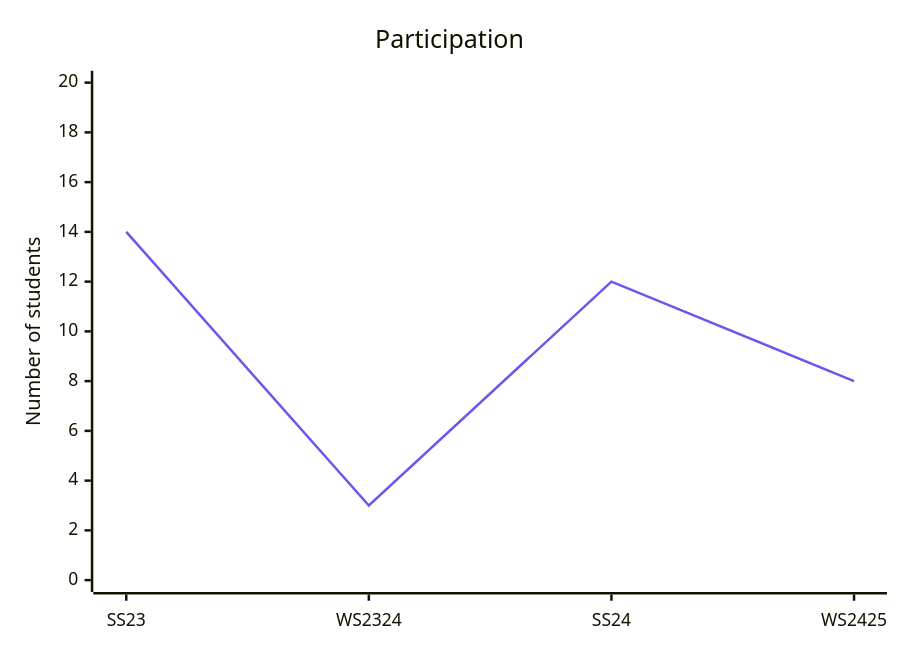
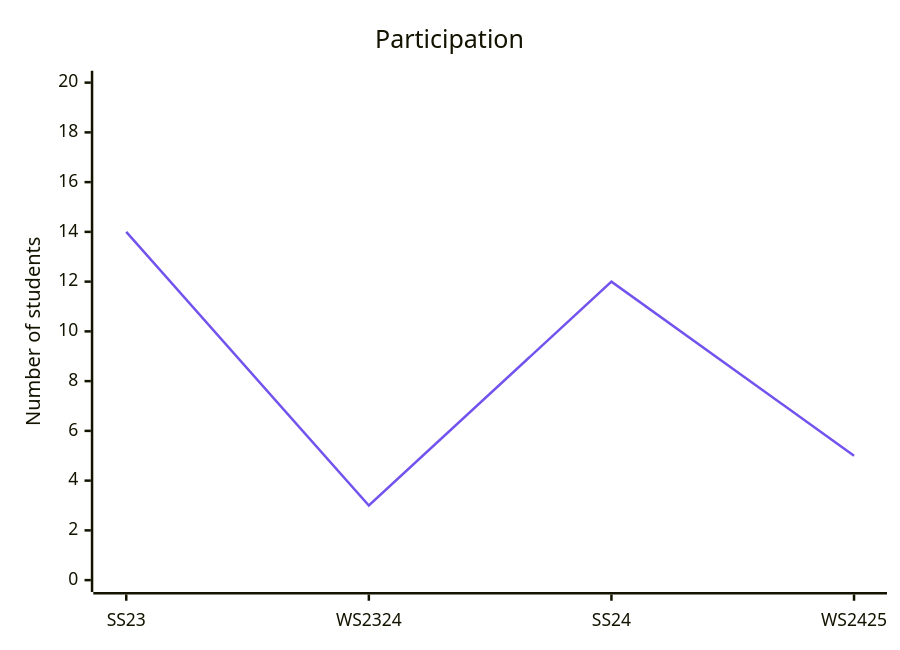
Before and after one commit to digital-work-lab/open-source-project: the second of 2 diagrams in docs/evaluations.md, drawn with Mermaid.

````diff
--- a/docs/evaluations.md
+++ b/docs/evaluations.md
@@ -34,8 +34,8 @@
 ```mermaid
 %%{init: { "themeVariables": {"xyChart": {"plotColorPalette": "#7253ed", "plotLineWidth": 4} } }}%%
 xychart-beta
     title "Participation"
     x-axis [SS23, WS2324, SS24, WS2425]
     y-axis "Number of students" 0 --> 20
-    line [14, 3, 12, 8]
+    line [14, 3, 12, 5]
 ```
````
